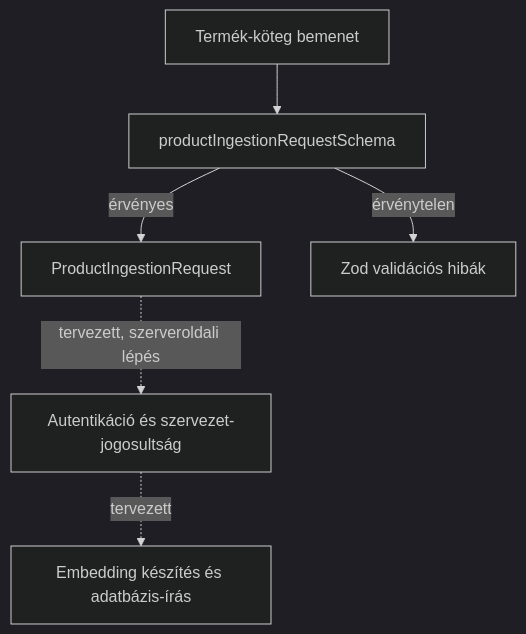
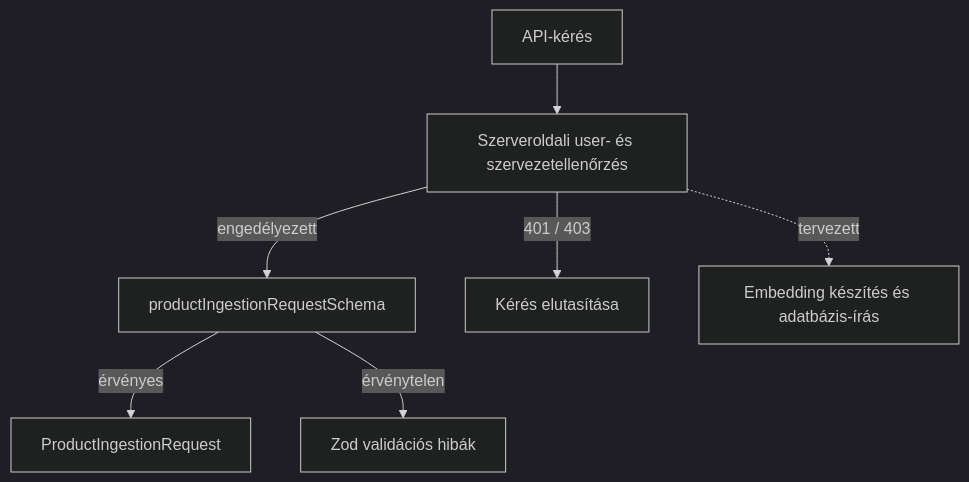
The second of 2 diagrams in docs/architecture/PRODUCT_INGESTION.md (Albertons03/commerce-v2), drawn with Mermaid (dark theme) before and after one commit. The commit also changed other lines of this file and 5 other files, not shown here.

````diff
--- a/docs/architecture/PRODUCT_INGESTION.md
+++ b/docs/architecture/PRODUCT_INGESTION.md
@@ -19,8 +58,9 @@
 ```mermaid
 flowchart TD
-  Input["Termék-köteg bemenet"] --> Schema["productIngestionRequestSchema"]
+  Input["API-kérés"] --> Auth["Szerveroldali user- és szervezetellenőrzés"]
+  Auth -->|engedélyezett| Schema["productIngestionRequestSchema"]
+  Auth -->|401 / 403| Denied["Kérés elutasítása"]
   Schema -->|érvényes| Typed["ProductIngestionRequest"]
   Schema -->|érvénytelen| Issues["Zod validációs hibák"]
-  Typed -. "tervezett, szerveroldali lépés" .-> Auth["Autentikáció és szervezet-jogosultság"]
   Auth -. "tervezett" .-> Ingest["Embedding készítés és adatbázis-írás"]
 ```
````
